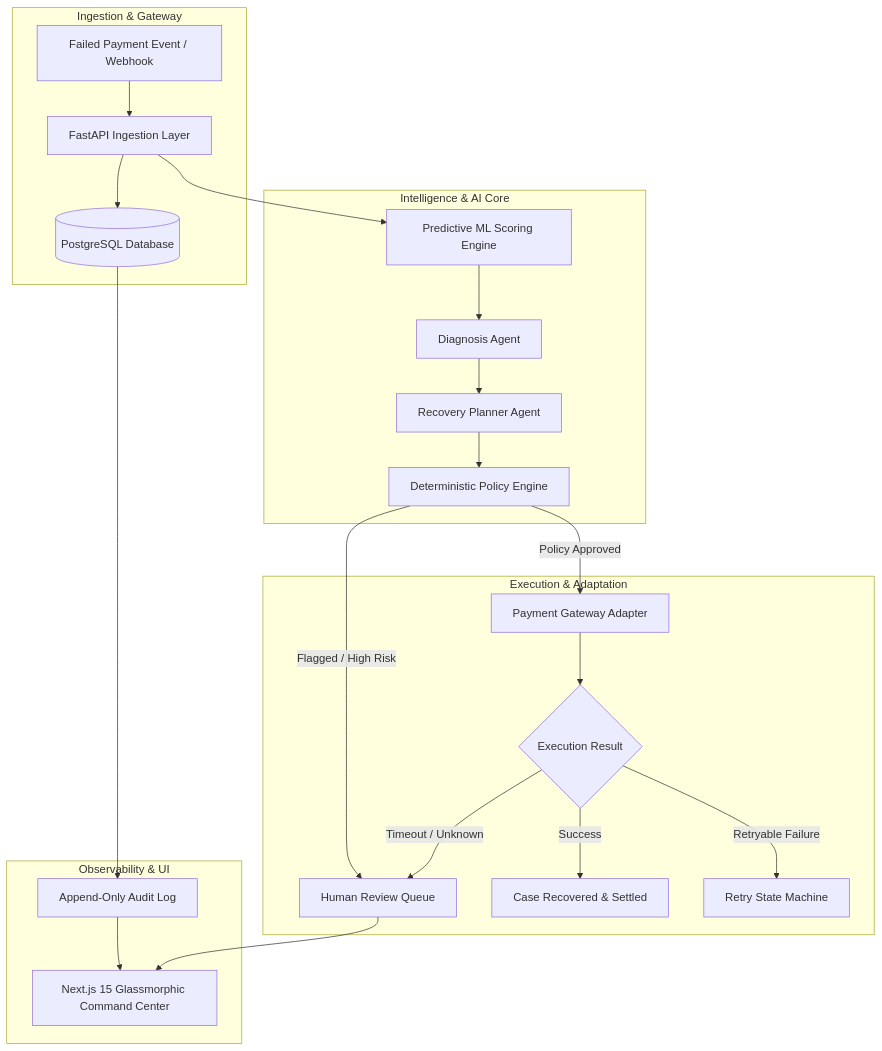
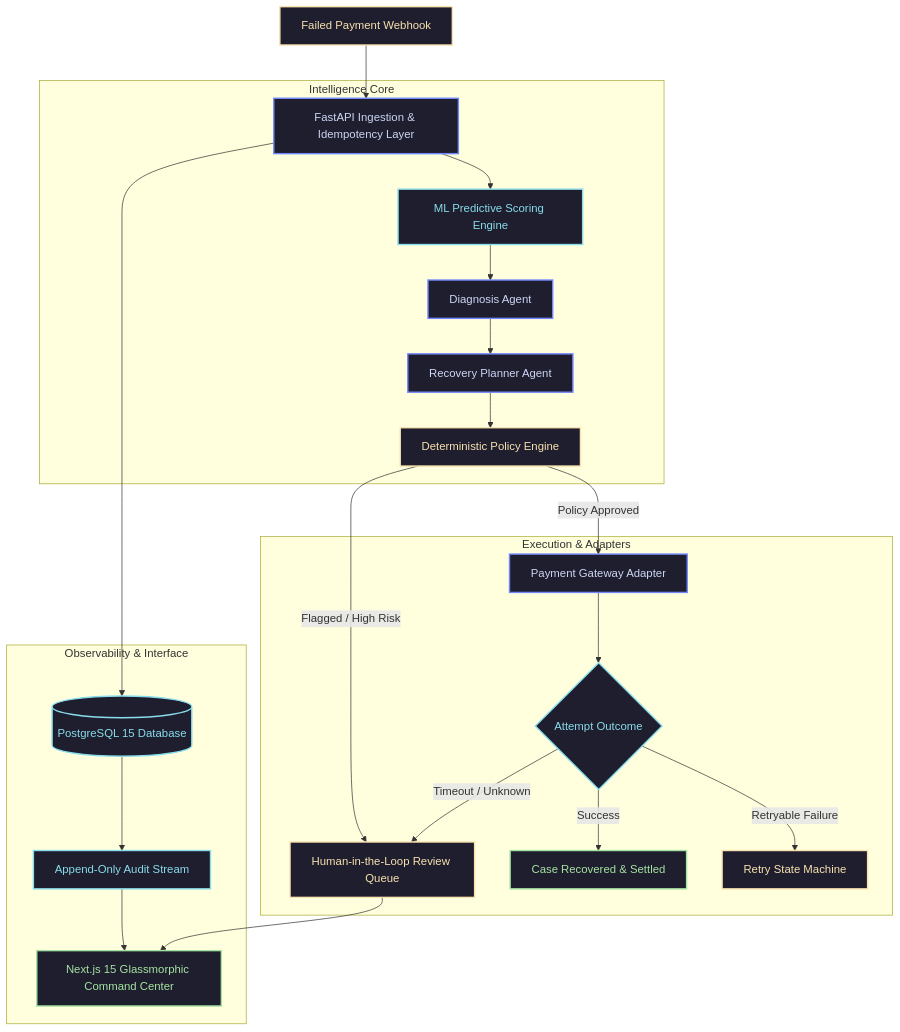
The diagram in README.md (Mishesh06/Ai-Revenue-Recovery), drawn with Mermaid before and after one commit. The commit also changed other lines of this file, not shown here.

Commit message:
docs: upgrade README design, badges, performance metrics, and architecture diagrams

````diff
--- a/README.md
+++ b/README.md
@@ -42,29 +60,32 @@
 ```mermaid
 graph TD
-    subgraph Ingestion & Gateway
-        TX[Failed Payment Event / Webhook] --> Ingest[FastAPI Ingestion Layer]
-        Ingest --> DB[(PostgreSQL Database)]
+    classDef primary fill:#1e1e2e,stroke:#7287fd,stroke-width:2px,color:#cdd6f4;
+    classDef success fill:#1e1e2e,stroke:#a6e3a1,stroke-width:2px,color:#a6e3a1;
+    classDef warning fill:#1e1e2e,stroke:#f9e2af,stroke-width:2px,color:#f9e2af;
+    classDef info fill:#1e1e2e,stroke:#89dceb,stroke-width:2px,color:#89dceb;
+
+    TX[Failed Payment Webhook]:::warning --> Ingest[FastAPI Ingestion & Idempotency Layer]:::primary
+    Ingest --> DB[(PostgreSQL 15 Database)]:::info
+    
+    subgraph Intelligence Core
+        Ingest --> ML[ML Predictive Scoring Engine]:::info
+        ML --> DiagAgent[Diagnosis Agent]:::primary
+        DiagAgent --> PlanAgent[Recovery Planner Agent]:::primary
+        PlanAgent --> Policy[Deterministic Policy Engine]:::warning
     end
 
-    subgraph Intelligence & AI Core
-        Ingest --> ML[Predictive ML Scoring Engine]
-        ML --> DiagAgent[Diagnosis Agent]
-        DiagAgent --> PlanAgent[Recovery Planner Agent]
-        PlanAgent --> Policy[Deterministic Policy Engine]
+    subgraph Execution & Adapters
+        Policy -->|Policy Approved| Adapter[Payment Gateway Adapter]:::primary
+        Policy -->|Flagged / High Risk| ManualQueue[Human-in-the-Loop Review Queue]:::warning
+        Adapter --> Outcome{Attempt Outcome}:::info
+        Outcome -->|Success| Recovered[Case Recovered & Settled]:::success
+        Outcome -->|Retryable Failure| RetrySM[Retry State Machine]:::warning
+        Outcome -->|Timeout / Unknown| ManualQueue
     end
 
-    subgraph Execution & Adaptation
-        Policy -->|Policy Approved| Adapter[Payment Gateway Adapter]
-        Policy -->|Flagged / High Risk| ManualQueue[Human Review Queue]
-        Adapter --> Result{Execution Result}
-        Result -->|Success| Recovered[Case Recovered & Settled]
-        Result -->|Retryable Failure| Escalation[Retry State Machine]
-        Result -->|Timeout / Unknown| ManualQueue
-    end
-
-    subgraph Observability & UI
-        DB --> Audit[Append-Only Audit Log]
-        Audit --> UI[Next.js 15 Glassmorphic Command Center]
+    subgraph Observability & Interface
+        DB --> Audit[Append-Only Audit Stream]:::info
+        Audit --> UI[Next.js 15 Glassmorphic Command Center]:::success
         ManualQueue --> UI
     end
 ```
````
